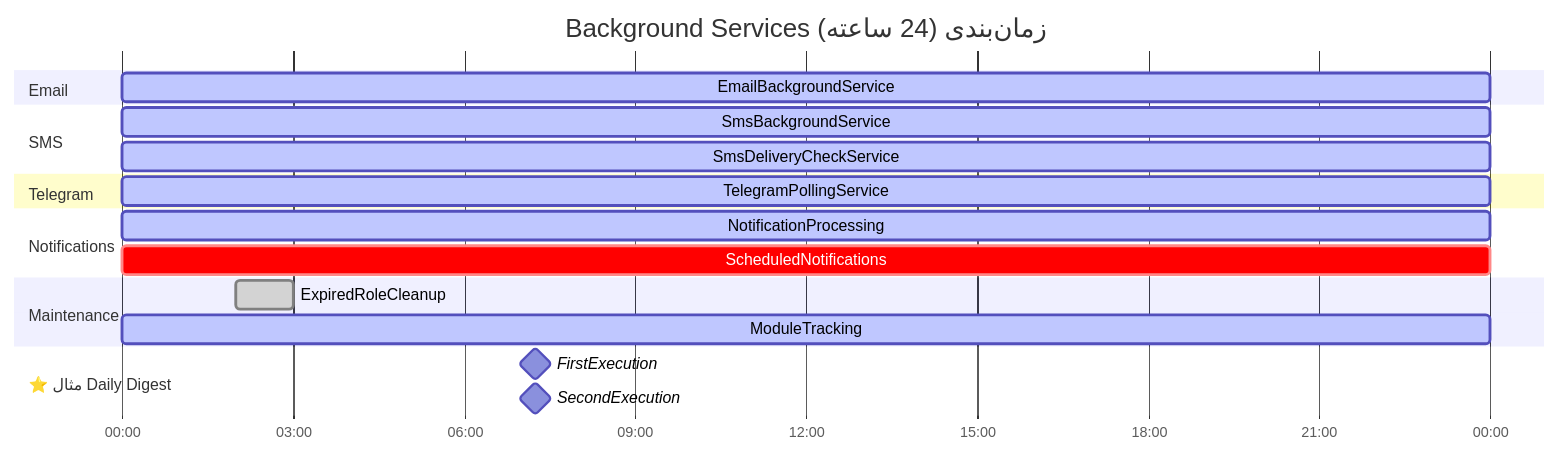
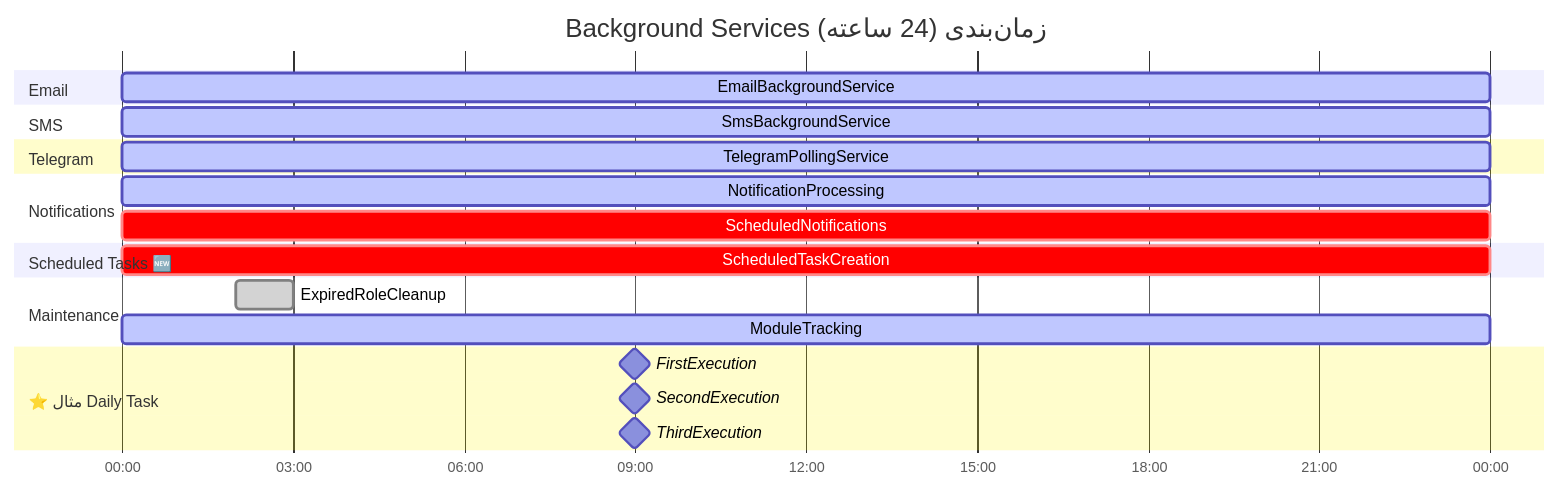
Diagram 17 of 25 in MahERP.DataModelLayer/Documentary/MahERP-Database-Diagrams.md (aminrey/MahERP), drawn with Mermaid before and after one commit. The commit also changed other lines of this file and 16 other files, not shown here.

First line of the commit message:
Add Scheduled Task Creation System

````diff
--- a/MahERP.DataModelLayer/Documentary/MahERP-Database-Diagrams.md
+++ b/MahERP.DataModelLayer/Documentary/MahERP-Database-Diagrams.md
@@ -867,28 +948,31 @@
 ```mermaid
 gantt
     title Background Services زمان‌بندی (24 ساعته)
     dateFormat HH:mm
     axisFormat %H:%M
     
     section Email
     EmailBackgroundService :active, email, 00:00, 24h
     
     section SMS
     SmsBackgroundService :active, sms, 00:00, 24h
-    SmsDeliveryCheckService :active, check, 00:00, 24h
     
     section Telegram
     TelegramPollingService :active, telegram, 00:00, 24h
     
     section Notifications
     NotificationProcessing :active, notify, 00:00, 24h
     ScheduledNotifications :crit, scheduled, 00:00, 24h
     
+    section Scheduled Tasks 🆕
+    ScheduledTaskCreation :crit, schtask, 00:00, 24h
+    
     section Maintenance
     ExpiredRoleCleanup :done, cleanup, 02:00, 1h
     ModuleTracking :active, track, 00:00, 24h
     
-    section ⭐ مثال Daily Digest
-    FirstExecution :milestone, first, 07:15, 0
-    SecondExecution :milestone, second, 07:15, 0
+    section ⭐ مثال Daily Task
+    FirstExecution :milestone, first, 09:00, 0
+    SecondExecution :milestone, second, 09:00, 0
+    ThirdExecution :milestone, third, 09:00, 0
 ```
````
